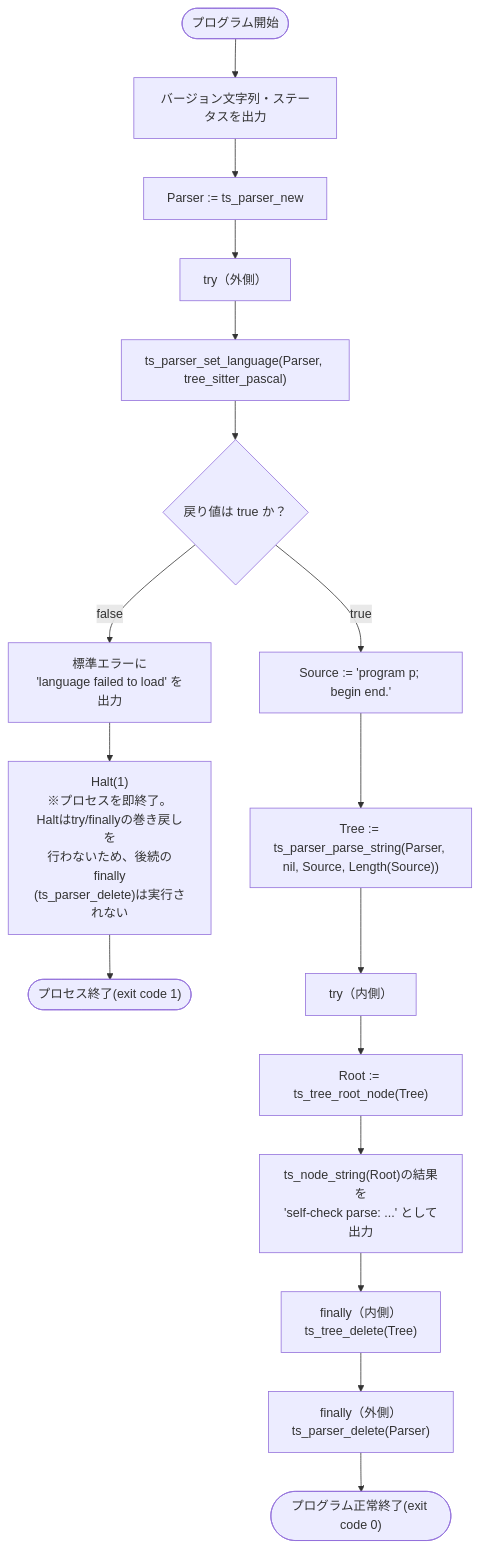
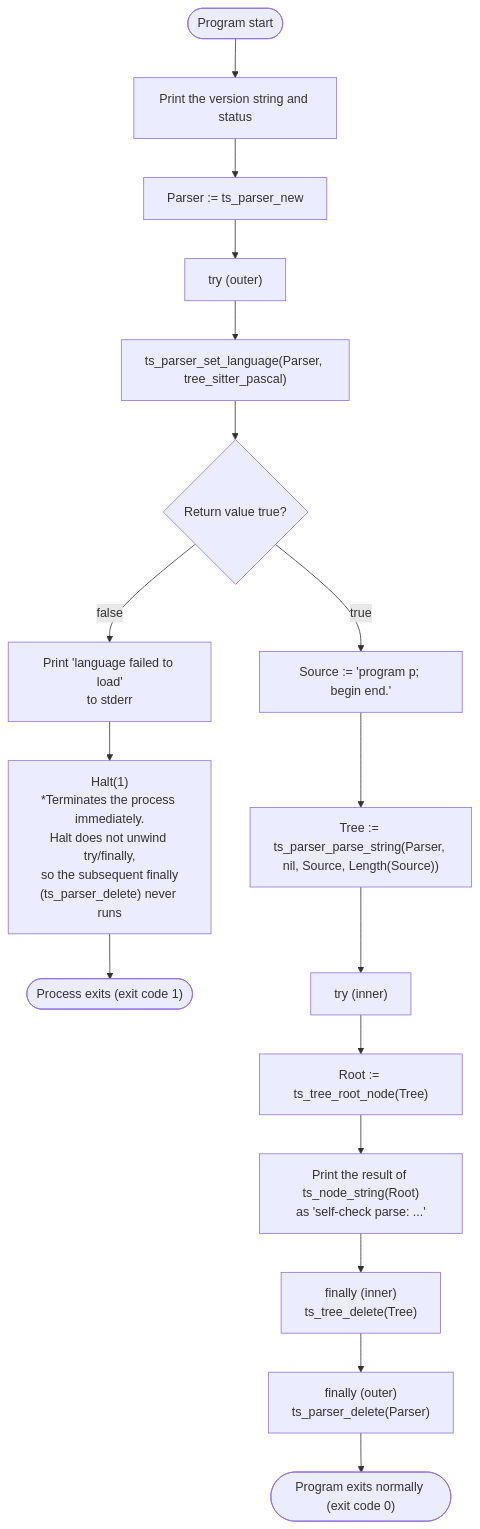
Before and after one commit to tankoha/rawpaco: the diagram in docs/flows/rawpaco_lpr.md, drawn with Mermaid. The commit also changed other lines of this file and 10 other files, not shown here.

First line of the commit message:
Make English the canonical language for design/flow docs

````diff
--- a/docs/flows/rawpaco_lpr.md
+++ b/docs/flows/rawpaco_lpr.md
@@ -9,23 +11,23 @@
 ```mermaid
 flowchart TD
-    Start(["プログラム開始"]) --> Print["バージョン文字列・ステータスを出力"]
+    Start(["Program start"]) --> Print["Print the version string and status"]
     Print --> NewParser["Parser := ts_parser_new"]
-    NewParser --> TryOuter["try（外側）"]
+    NewParser --> TryOuter["try (outer)"]
 
     TryOuter --> SetLang["ts_parser_set_language(Parser, tree_sitter_pascal)"]
-    SetLang --> LangOk{"戻り値は true か？"}
+    SetLang --> LangOk{"Return value true?"}
 
-    LangOk -->|"false"| Err["標準エラーに\n'language failed to load' を出力"]
-    Err --> Halt1["Halt(1)\n※プロセスを即終了。\nHaltはtry/finallyの巻き戻しを\n行わないため、後続のfinally\n(ts_parser_delete)は実行されない"]
-    Halt1 --> ProcessExit(["プロセス終了(exit code 1)"])
+    LangOk -->|"false"| Err["Print 'language failed to load'\nto stderr"]
+    Err --> Halt1["Halt(1)\n*Terminates the process immediately.\nHalt does not unwind try/finally,\nso the subsequent finally\n(ts_parser_delete) never runs"]
+    Halt1 --> ProcessExit(["Process exits (exit code 1)"])
 
     LangOk -->|"true"| MakeSource["Source := 'program p; begin end.'"]
     MakeSource --> Parse["Tree := ts_parser_parse_string(Parser, nil, Source, Length(Source))"]
-    Parse --> TryInner["try（内側）"]
+    Parse --> TryInner["try (inner)"]
 
     TryInner --> Root["Root := ts_tree_root_node(Tree)"]
-    Root --> PrintSexp["ts_node_string(Root)の結果を\n'self-check parse: ...' として出力"]
-    PrintSexp --> FinallyInner["finally（内側）\nts_tree_delete(Tree)"]
-    FinallyInner --> FinallyOuter["finally（外側）\nts_parser_delete(Parser)"]
-    FinallyOuter --> End(["プログラム正常終了(exit code 0)"])
+    Root --> PrintSexp["Print the result of ts_node_string(Root)\nas 'self-check parse: ...'"]
+    PrintSexp --> FinallyInner["finally (inner)\nts_tree_delete(Tree)"]
+    FinallyInner --> FinallyOuter["finally (outer)\nts_parser_delete(Parser)"]
+    FinallyOuter --> End(["Program exits normally (exit code 0)"])
 ```
````
